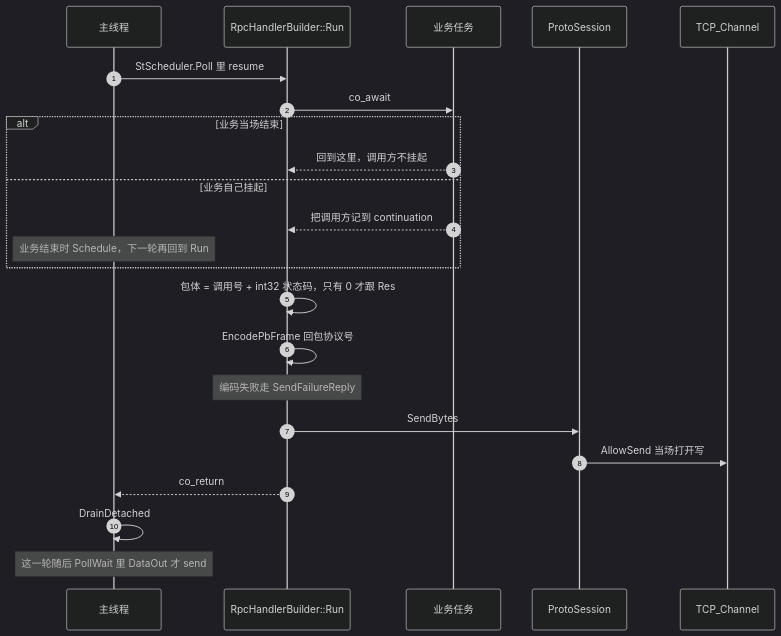
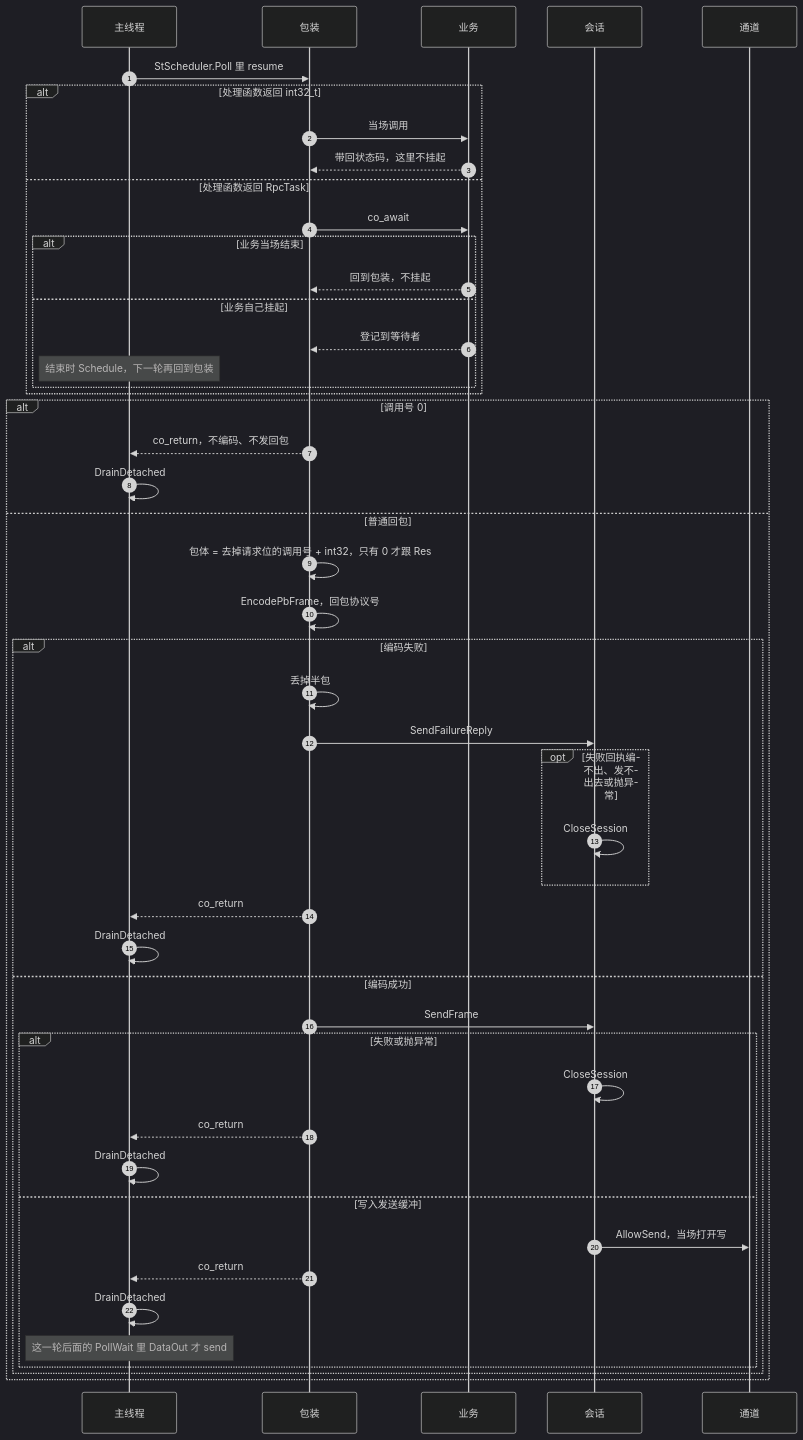
The diagram in docs/sequence-diagram/single-thread/reply.md (orikiaru/openidea), drawn with Mermaid (dark theme) before and after one commit. The commit also changed other lines of this file and 39 other files, not shown here.

Commit message:
非正 RPC 超时打错误日志后按 30 秒等待，避免调用一直挂着。时序图按当前收发和新增路径重写，并记下 11 月 22 日的全量结果。

````diff
--- a/docs/sequence-diagram/single-thread/reply.md
+++ b/docs/sequence-diagram/single-thread/reply.md
@@ -7,26 +9,51 @@
 ```mermaid
 sequenceDiagram
     autonumber
     participant Main as 主线程
-    participant Run as RpcHandlerBuilder::Run
-    participant Biz as 业务任务
-    participant Sess as ProtoSession
-    participant Tcp as TCP_Channel
+    participant Run as 包装
+    participant Biz as 业务
+    participant Sess as 会话
+    participant Tcp as 通道
 
     Main->>Run: StScheduler.Poll 里 resume
-    Run->>Biz: co_await
-    alt 业务当场结束
-        Biz-->>Run: 回到这里，调用方不挂起
-    else 业务自己挂起
-        Biz-->>Run: 把调用方记到 continuation
-        Note over Main: 业务结束时 Schedule，下一轮再回到 Run
+    alt 处理函数返回 int32_t
+        Run->>Biz: 当场调用
+        Biz-->>Run: 带回状态码，这里不挂起
+    else 处理函数返回 RpcTask
+        Run->>Biz: co_await
+        alt 业务当场结束
+            Biz-->>Run: 回到包装，不挂起
+        else 业务自己挂起
+            Biz-->>Run: 登记到等待者
+            Note over Main: 结束时 Schedule，下一轮再回到包装
+        end
     end
-    Run->>Run: 包体 = 调用号 + int32 状态码，只有 0 才跟 Res
-    Run->>Run: EncodePbFrame 回包协议号
-    Note over Run: 编码失败走 SendFailureReply
-    Run->>Sess: SendBytes
-    Sess->>Tcp: AllowSend 当场打开写
-    Run-->>Main: co_return
-    Main->>Main: DrainDetached
-    Note over Main: 这一轮随后 PollWait 里 DataOut 才 send
+    alt 调用号 0
+        Run-->>Main: co_return，不编码、不发回包
+        Main->>Main: DrainDetached
+    else 普通回包
+        Run->>Run: 包体 = 去掉请求位的调用号 + int32，只有 0 才跟 Res
+        Run->>Run: EncodePbFrame，回包协议号
+        alt 编码失败
+            Run->>Run: 丢掉半包
+            Run->>Sess: SendFailureReply
+            opt 失败回执编不出、发不出去或抛异常
+                Sess->>Sess: CloseSession
+            end
+            Run-->>Main: co_return
+            Main->>Main: DrainDetached
+        else 编码成功
+            Run->>Sess: SendFrame
+            alt 失败或抛异常
+                Sess->>Sess: CloseSession
+                Run-->>Main: co_return
+                Main->>Main: DrainDetached
+            else 写入发送缓冲
+                Sess->>Tcp: AllowSend，当场打开写
+                Run-->>Main: co_return
+                Main->>Main: DrainDetached
+                Note over Main: 这一轮后面的 PollWait 里 DataOut 才 send
+            end
+        end
+    end
 ```
````
